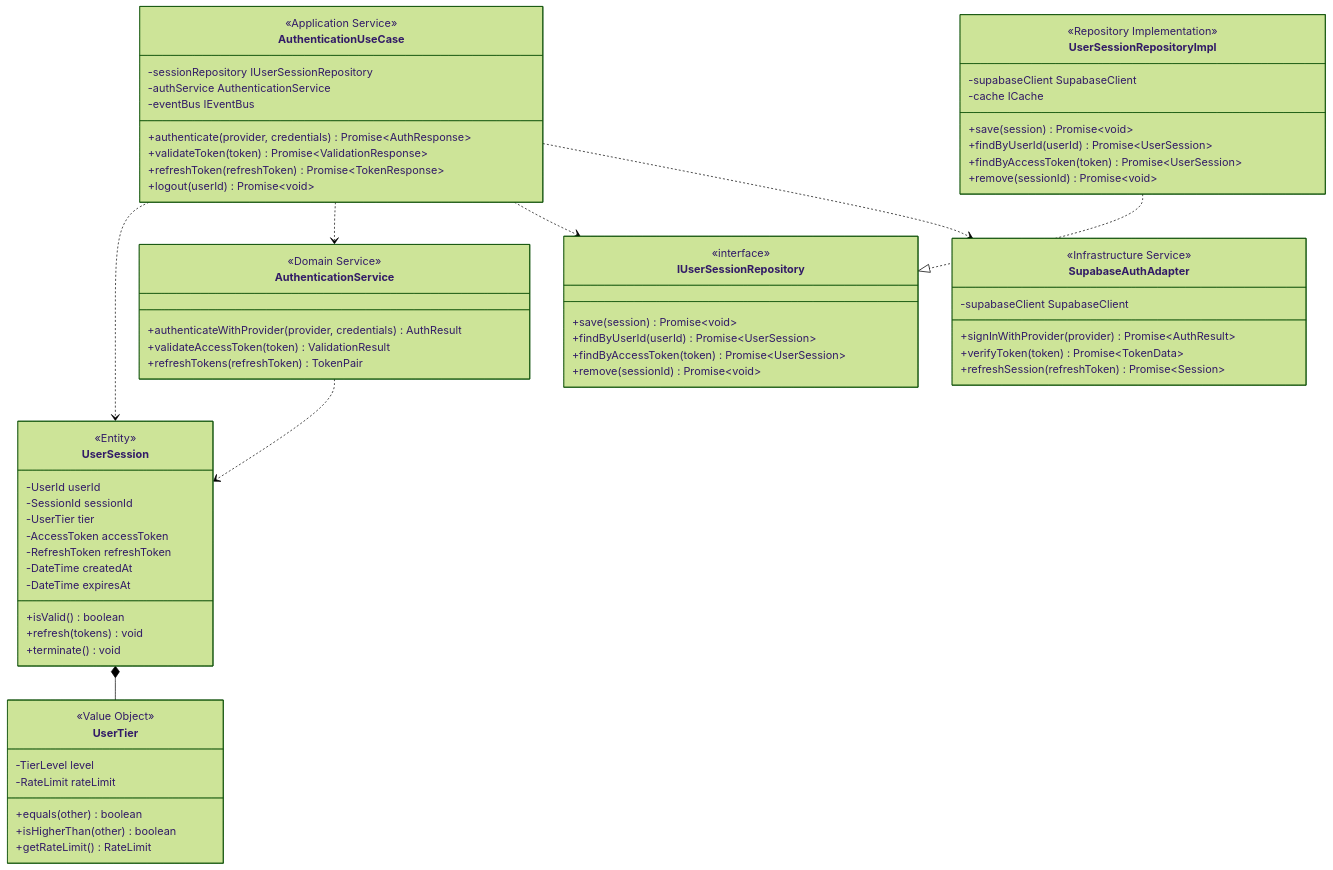
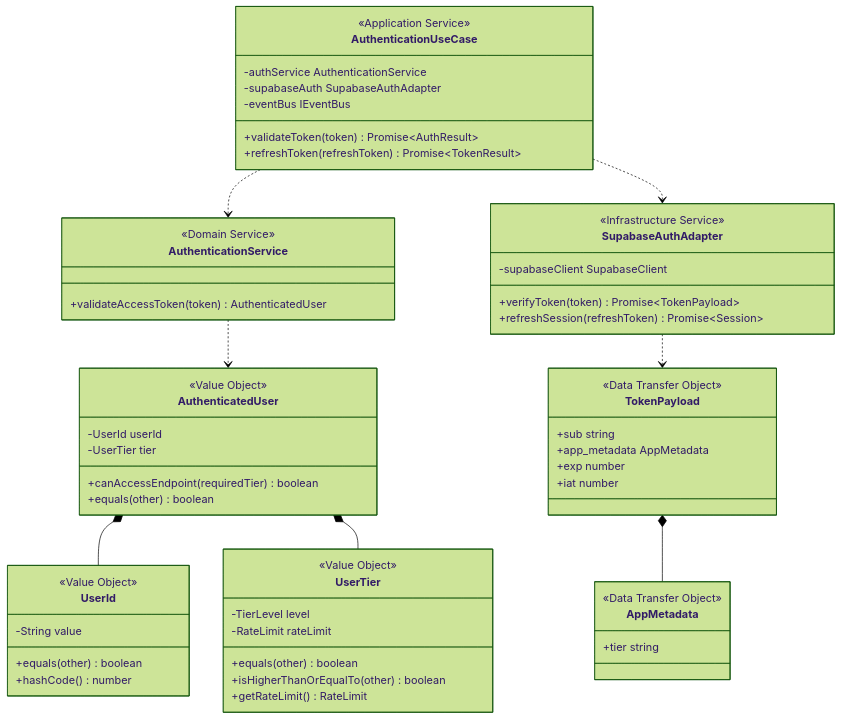
Before and after one commit to hydrangeas/redis-test: the tenth of 14 diagrams in docs/specs/step5-design.md, drawn with Mermaid (forest theme). The commit also changed other lines of this file, not shown here.

````diff
--- a/docs/specs/step5-design.md
+++ b/docs/specs/step5-design.md
@@ -850,18 +778,19 @@
 ```mermaid
 classDiagram
     %% ドメイン層
-    class UserSession {
-        <<Entity>>
+    class AuthenticatedUser {
+        <<Value Object>>
         -UserId userId
-        -SessionId sessionId
         -UserTier tier
-        -AccessToken accessToken
-        -RefreshToken refreshToken
-        -DateTime createdAt
-        -DateTime expiresAt
-        +isValid() boolean
-        +refresh(tokens) void
-        +terminate() void
+        +canAccessEndpoint(requiredTier) boolean
+        +equals(other) boolean
+    }
+    
+    class UserId {
+        <<Value Object>>
+        -String value
+        +equals(other) boolean
+        +hashCode() number
     }
     
     class UserTier {
@@ -869,64 +798,54 @@
         -TierLevel level
         -RateLimit rateLimit
         +equals(other) boolean
-        +isHigherThan(other) boolean
+        +isHigherThanOrEqualTo(other) boolean
         +getRateLimit() RateLimit
     }
     
     class AuthenticationService {
         <<Domain Service>>
-        +authenticateWithProvider(provider, credentials) AuthResult
-        +validateAccessToken(token) ValidationResult
-        +refreshTokens(refreshToken) TokenPair
-    }
-    
-    class IUserSessionRepository {
-        <<interface>>
-        +save(session) Promise~void~
-        +findByUserId(userId) Promise~UserSession~
-        +findByAccessToken(token) Promise~UserSession~
-        +remove(sessionId) Promise~void~
+        +validateAccessToken(token) AuthenticatedUser
     }
     
     %% アプリケーション層
     class AuthenticationUseCase {
         <<Application Service>>
-        -sessionRepository IUserSessionRepository
         -authService AuthenticationService
+        -supabaseAuth SupabaseAuthAdapter
         -eventBus IEventBus
-        +authenticate(provider, credentials) Promise~AuthResponse~
-        +validateToken(token) Promise~ValidationResponse~
-        +refreshToken(refreshToken) Promise~TokenResponse~
-        +logout(userId) Promise~void~
+        +validateToken(token) Promise~AuthResult~
+        +refreshToken(refreshToken) Promise~TokenResult~
     }
     
     %% インフラ層
-    class UserSessionRepositoryImpl {
-        <<Repository Implementation>>
-        -supabaseClient SupabaseClient
-        -cache ICache
-        +save(session) Promise~void~
-        +findByUserId(userId) Promise~UserSession~
-        +findByAccessToken(token) Promise~UserSession~
-        +remove(sessionId) Promise~void~
-    }
-    
     class SupabaseAuthAdapter {
         <<Infrastructure Service>>
         -supabaseClient SupabaseClient
-        +signInWithProvider(provider) Promise~AuthResult~
-        +verifyToken(token) Promise~TokenData~
+        +verifyToken(token) Promise~TokenPayload~
         +refreshSession(refreshToken) Promise~Session~
     }
     
+    class TokenPayload {
+        <<Data Transfer Object>>
+        +sub string
+        +app_metadata AppMetadata
+        +exp number
+        +iat number
+    }
+    
+    class AppMetadata {
+        <<Data Transfer Object>>
+        +tier string
+    }
+    
     %% 関係性
-    UserSession *-- UserTier
-    AuthenticationUseCase ..> UserSession
+    AuthenticatedUser *-- UserId
+    AuthenticatedUser *-- UserTier
+    AuthenticationService ..> AuthenticatedUser
     AuthenticationUseCase ..> AuthenticationService
-    AuthenticationUseCase ..> IUserSessionRepository
-    UserSessionRepositoryImpl ..|> IUserSessionRepository
-    AuthenticationService ..> UserSession
     AuthenticationUseCase ..> SupabaseAuthAdapter
+    SupabaseAuthAdapter ..> TokenPayload
+    TokenPayload *-- AppMetadata
     
     %% mermaid記載上の【重要】注意点
     %% コメントは独立した行に記述
````
